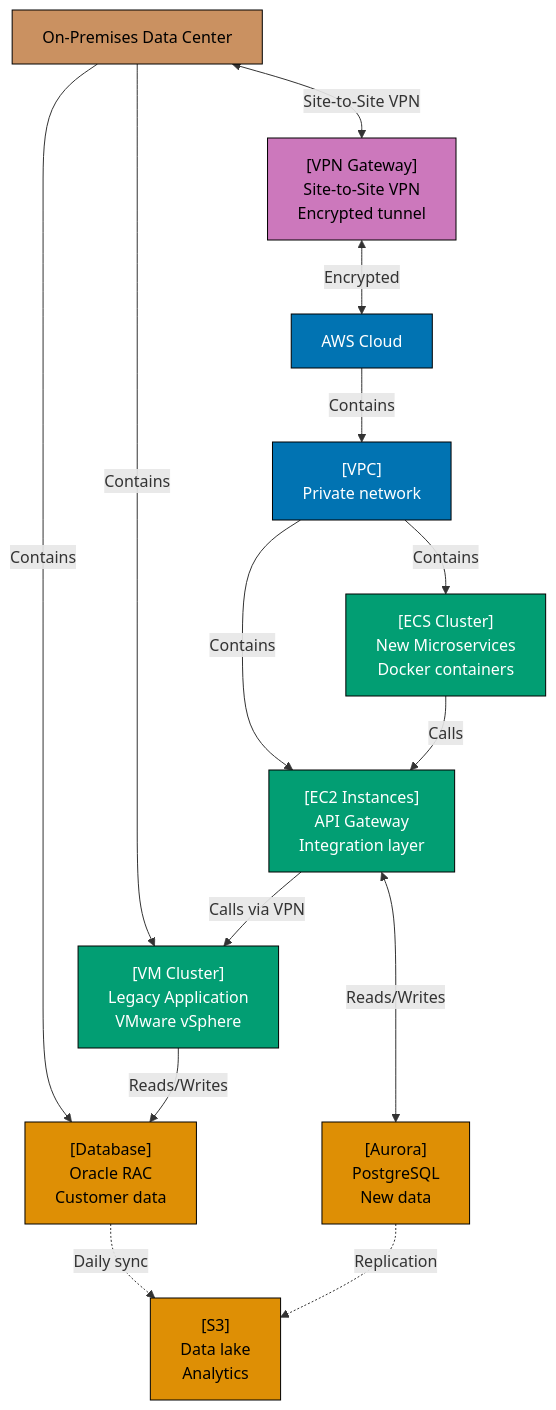
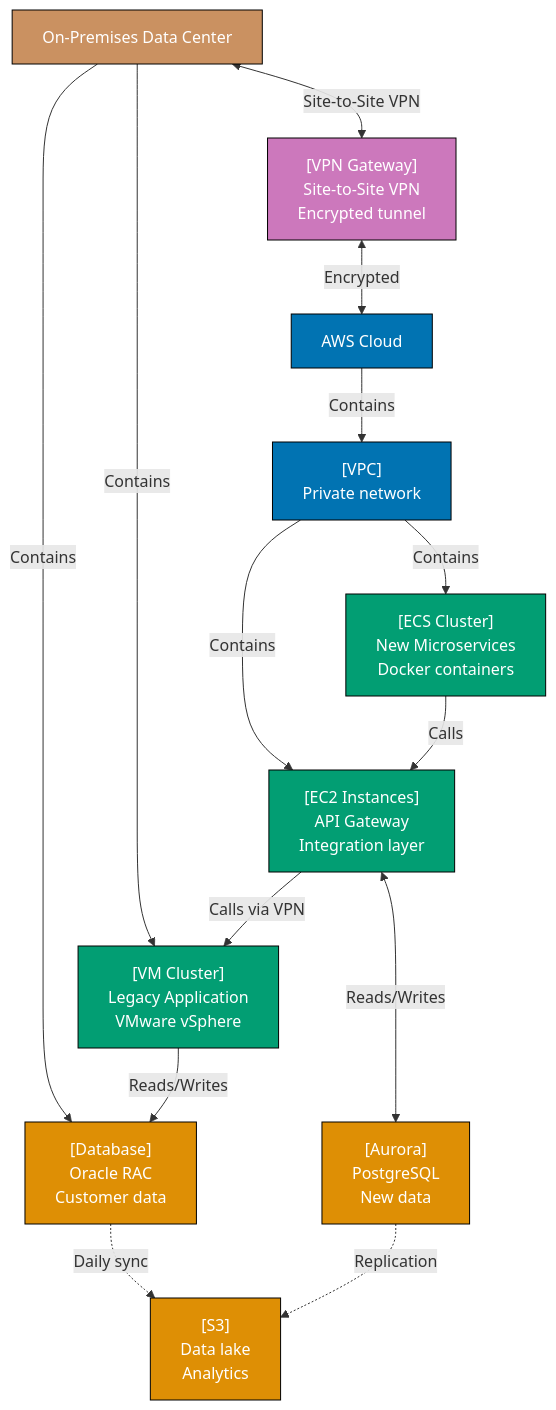
Diagram 15 of 30 in apps/ayokoding-web/content/en/learn/software-engineering/architecture/c4-architecture-model/by-example/intermediate.md (wahidyankf/open-sharia-enterprise), drawn with Mermaid before and after one commit. The commit also changed other lines of this file and 61 other files, not shown here.

First line of the commit message:
fix(ayokoding-web): quote Mermaid node labels with special characters in Example 63

````diff
--- a/apps/ayokoding-web/content/en/learn/software-engineering/architecture/c4-architecture-model/by-example/intermediate.md
+++ b/apps/ayokoding-web/content/en/learn/software-engineering/architecture/c4-architecture-model/by-example/intermediate.md
@@ -883,47 +883,47 @@
 ```mermaid
 graph TD
     OnPremises["On-Premises Data Center"]
     OnPremApp["[VM Cluster]<br/>Legacy Application<br/>VMware vSphere"]
     OnPremDB["[Database]<br/>Oracle RAC<br/>Customer data"]
 
     VPN["[VPN Gateway]<br/>Site-to-Site VPN<br/>Encrypted tunnel"]
 
     AWSCloud["AWS Cloud"]
     AWSVPC["[VPC]<br/>Private network"]
 
     APIGateway["[EC2 Instances]<br/>API Gateway<br/>Integration layer"]
     NewApps["[ECS Cluster]<br/>New Microservices<br/>Docker containers"]
 
     AuroraDB["[Aurora]<br/>PostgreSQL<br/>New data"]
 
     S3["[S3]<br/>Data lake<br/>Analytics"]
 
     OnPremises -->|Contains| OnPremApp
     OnPremises -->|Contains| OnPremDB
     OnPremApp -->|Reads/Writes| OnPremDB
 
     OnPremises <-->|Site-to-Site VPN| VPN
     VPN <-->|Encrypted| AWSCloud
 
     AWSCloud -->|Contains| AWSVPC
     AWSVPC -->|Contains| APIGateway
     AWSVPC -->|Contains| NewApps
 
     APIGateway -->|Calls via VPN| OnPremApp
     APIGateway <-->|Reads/Writes| AuroraDB
     NewApps -->|Calls| APIGateway
 
     OnPremDB -.->|"Daily sync"| S3
     AuroraDB -.->|"Replication"| S3
 
-    style OnPremises fill:#CA9161,stroke:#000,color:#000
+    style OnPremises fill:#CA9161,stroke:#000,color:#fff
     style OnPremApp fill:#029E73,stroke:#000,color:#fff
-    style OnPremDB fill:#DE8F05,stroke:#000,color:#000
-    style VPN fill:#CC78BC,stroke:#000,color:#000
+    style OnPremDB fill:#DE8F05,stroke:#000,color:#fff
+    style VPN fill:#CC78BC,stroke:#000,color:#fff
     style AWSCloud fill:#0173B2,stroke:#000,color:#fff
     style AWSVPC fill:#0173B2,stroke:#000,color:#fff
     style APIGateway fill:#029E73,stroke:#000,color:#fff
     style NewApps fill:#029E73,stroke:#000,color:#fff
-    style AuroraDB fill:#DE8F05,stroke:#000,color:#000
-    style S3 fill:#DE8F05,stroke:#000,color:#000
+    style AuroraDB fill:#DE8F05,stroke:#000,color:#fff
+    style S3 fill:#DE8F05,stroke:#000,color:#fff
 ```
````
